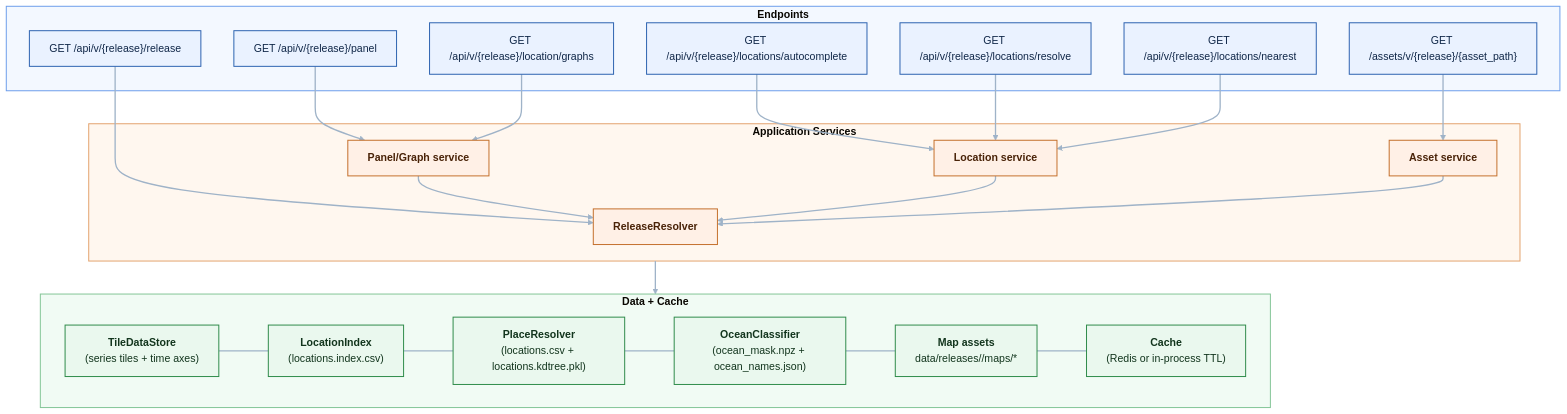
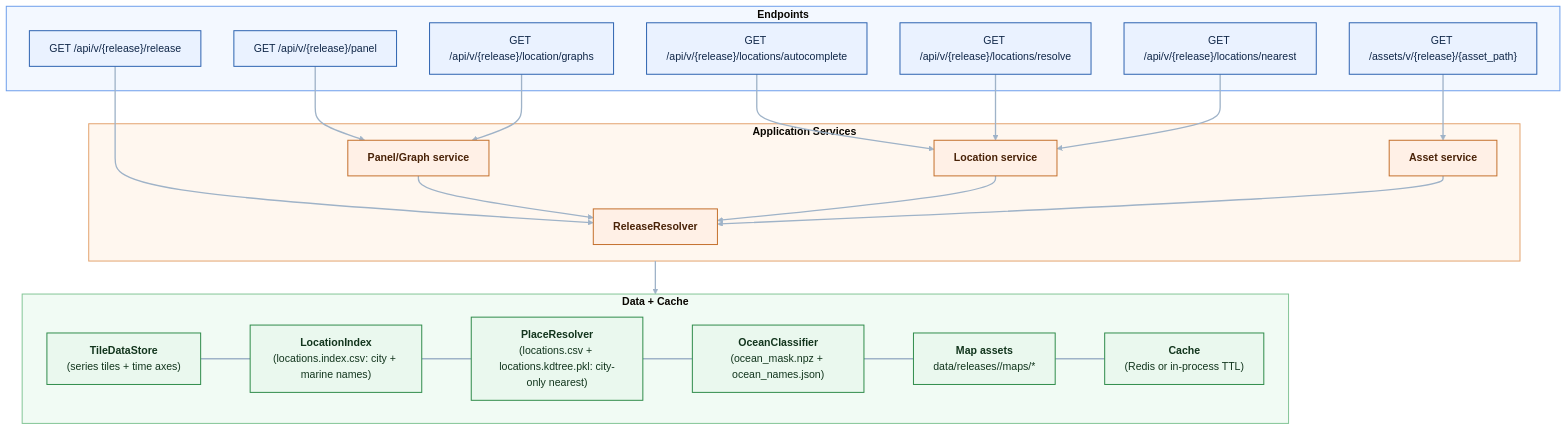
The third of 4 diagrams in docs/project_pipeline_diagrams.md (climate-you/climate), drawn with Mermaid before and after one commit. The commit also changed 11 other files, not shown here.

````diff
--- a/docs/project_pipeline_diagrams.md
+++ b/docs/project_pipeline_diagrams.md
@@ -80,62 +80,62 @@
 ```mermaid
 %%{init: {'theme':'base','themeCSS': '.cluster-label text {font-size: 30px !important; font-weight: 800 !important; fill: #E5EDF7 !important;}'} }%%
 flowchart TB
   subgraph E["<b>Endpoints</b>"]
     E1["GET /api/v/{release}/release"]
     E2["GET /api/v/{release}/panel"]
     E3["GET /api/v/{release}/location/graphs"]
     E4["GET /api/v/{release}/locations/autocomplete"]
     E5["GET /api/v/{release}/locations/resolve"]
     E6["GET /api/v/{release}/locations/nearest"]
     E7["GET /assets/v/{release}/{asset_path}"]
   end
 
   subgraph A["<b>Application Services</b>"]
     R["<b>ReleaseResolver</b>"]
     PG["<b>Panel/Graph service</b>"]
     LS["<b>Location service</b>"]
     AS["<b>Asset service</b>"]
   end
 
   subgraph D["<b>Data + Cache</b>"]
     direction LR
     TS["<b>TileDataStore</b><br/>(series tiles + time axes)"]
-    LI["<b>LocationIndex</b><br/>(locations.index.csv)"]
-    PR["<b>PlaceResolver</b><br/>(locations.csv + locations.kdtree.pkl)"]
+    LI["<b>LocationIndex</b><br/>(locations.index.csv: city + marine names)"]
+    PR["<b>PlaceResolver</b><br/>(locations.csv + locations.kdtree.pkl: city-only nearest)"]
     OC["<b>OceanClassifier</b><br/>(ocean_mask.npz + ocean_names.json)"]
     MAP["<b>Map assets</b><br/>data/releases/<release>/maps/*"]
     CA["<b>Cache</b><br/>(Redis or in-process TTL)"]
     TS ~~~ LI ~~~ PR ~~~ OC ~~~ MAP ~~~ CA
   end
 
   E1 --> R
 
   E2 --> PG
   E3 --> PG
 
   E4 --> LS
   E5 --> LS
   E6 --> LS
 
   E7 --> AS
 
   PG --> R
   LS --> R
   AS --> R
 
   A --> D
 
   classDef endpoint fill:#EAF2FF,stroke:#2C62B0,color:#102748,stroke-width:1.5px;
   classDef service fill:#FFF0E6,stroke:#C46F2B,color:#4A2308,stroke-width:1.5px;
   classDef data fill:#EAF8EE,stroke:#2F8B4A,color:#12351D,stroke-width:1.5px;
 
   class E1,E2,E3,E4,E5,E6,E7 endpoint;
   class R,PG,LS,AS service;
   class TS,LI,PR,OC,MAP,CA data;
 
   style E fill:#F3F8FF,stroke:#6D9EEB,stroke-width:1.5px;
   style A fill:#FFF7EF,stroke:#E3A36E,stroke-width:1.5px;
   style D fill:#F1FBF4,stroke:#83C596,stroke-width:1.5px;
 
   linkStyle default stroke:#9FB3C8,stroke-width:2px;
 ```
````
